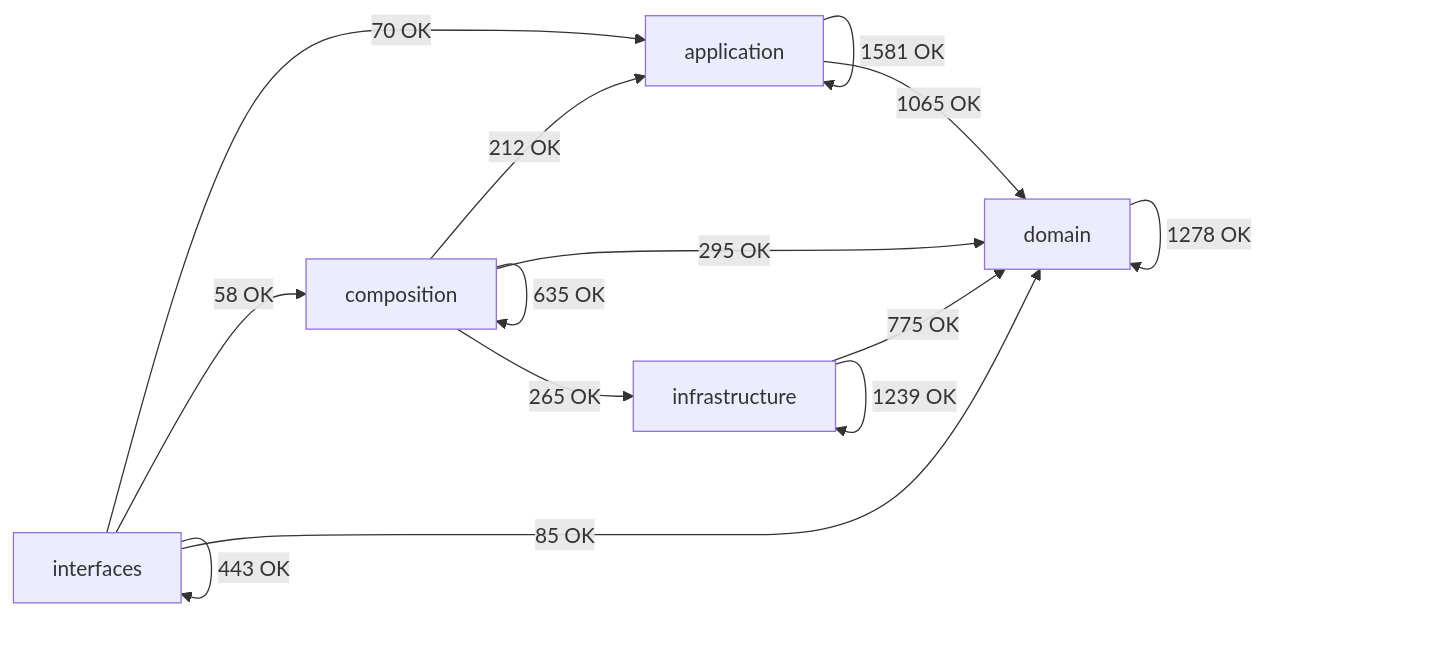
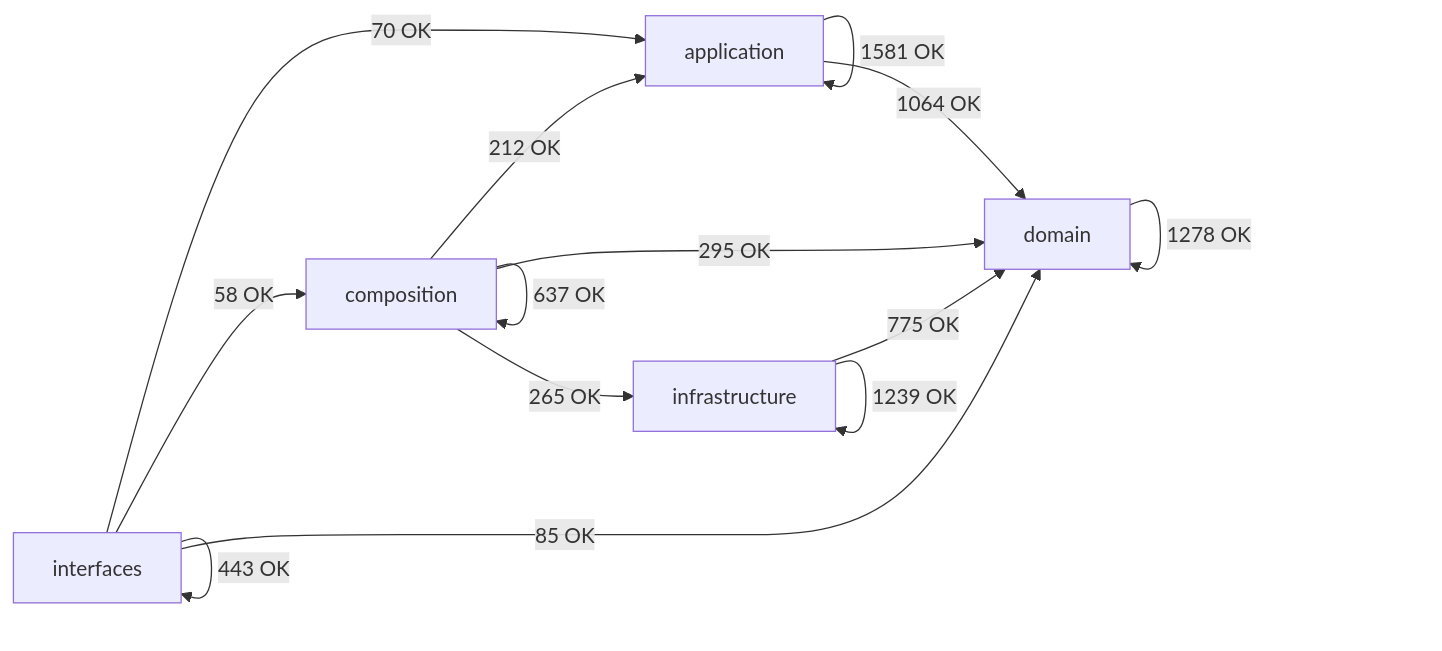
The diagram in docs/02-architecture/generated/module-dependency-map.md (SatoryKono/BioactivityDataAcquisition), drawn with Mermaid before and after one commit. The commit also changed other lines of this file and 14 other files, not shown here.

````diff
--- a/docs/02-architecture/generated/module-dependency-map.md
+++ b/docs/02-architecture/generated/module-dependency-map.md
@@ -17,21 +17,21 @@
 ```mermaid
 flowchart LR
     domain[domain]
     application[application]
     infrastructure[infrastructure]
     composition[composition]
     interfaces[interfaces]
     application -->|1581 OK| application
-    application -->|1065 OK| domain
+    application -->|1064 OK| domain
     composition -->|212 OK| application
-    composition -->|635 OK| composition
+    composition -->|637 OK| composition
     composition -->|295 OK| domain
     composition -->|265 OK| infrastructure
     domain -->|1278 OK| domain
     infrastructure -->|775 OK| domain
     infrastructure -->|1239 OK| infrastructure
     interfaces -->|70 OK| application
     interfaces -->|58 OK| composition
     interfaces -->|85 OK| domain
     interfaces -->|443 OK| interfaces
 ```
````
